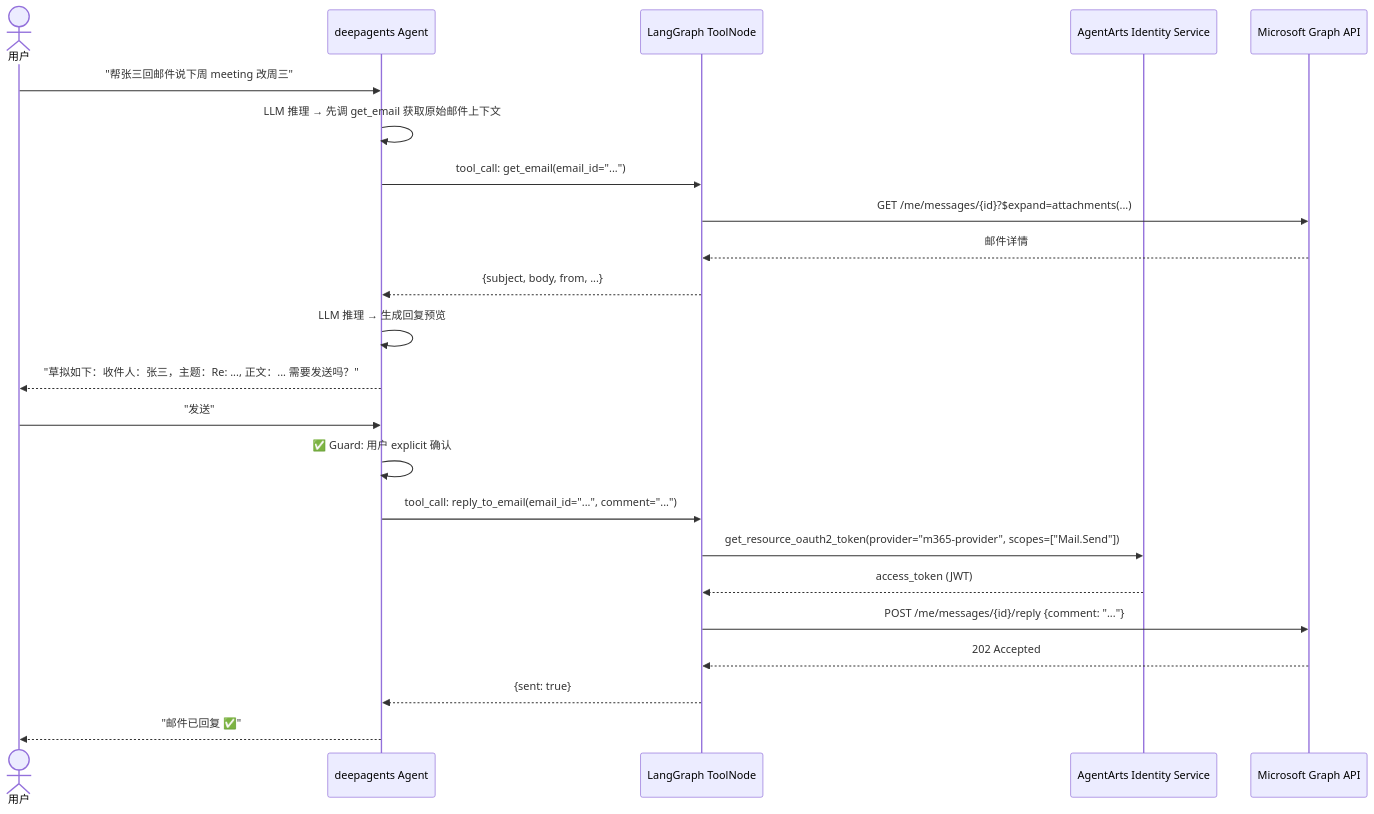
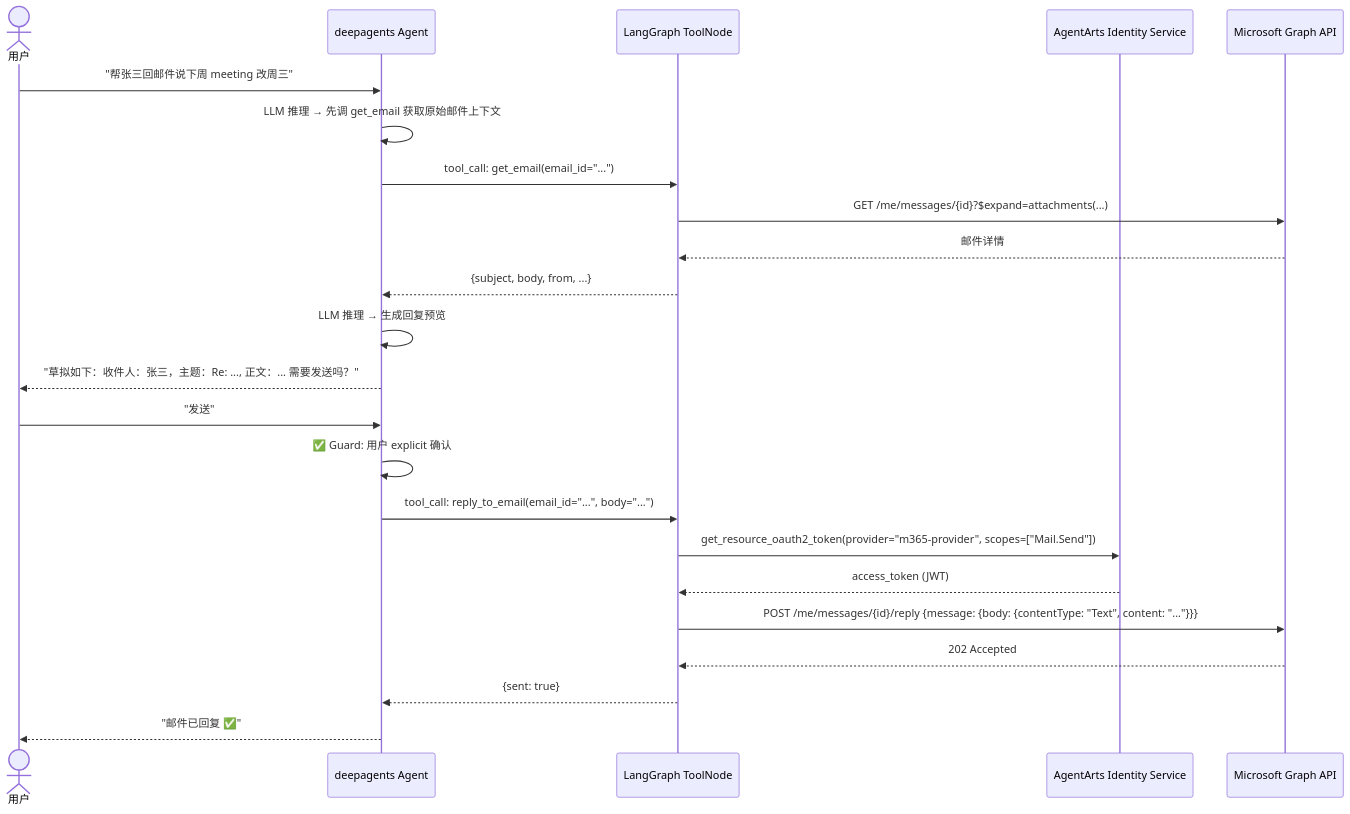
Before and after one commit to T-1009/personal-assistant: the second of 2 diagrams in personal-assistant-meta/issues/features/feature-10-outbound-email-obs/service-plan.md, drawn with Mermaid. The commit also changed other lines of this file and 3 other files, not shown here.

Commit message:
plan: feature-10a-outbound-email — fix comment→body param + OAuth2Vendor import path

````diff
--- a/personal-assistant-meta/issues/features/feature-10-outbound-email-obs/service-plan.md
+++ b/personal-assistant-meta/issues/features/feature-10-outbound-email-obs/service-plan.md
@@ -693,26 +693,26 @@
 ```mermaid
 sequenceDiagram
     actor User as 用户
     participant Agent as deepagents Agent
     participant ToolNode as LangGraph ToolNode
     participant IdSvc as AgentArts Identity Service
     participant GraphAPI as Microsoft Graph API
 
     User->>Agent: "帮张三回邮件说下周 meeting 改周三"
     Agent->>Agent: LLM 推理 → 先调 get_email 获取原始邮件上下文
     Agent->>ToolNode: tool_call: get_email(email_id="...")
     ToolNode->>GraphAPI: GET /me/messages/{id}?$expand=attachments(...)
     GraphAPI-->>ToolNode: 邮件详情
     ToolNode-->>Agent: {subject, body, from, ...}
     Agent->>Agent: LLM 推理 → 生成回复预览
     Agent-->>User: "草拟如下：收件人：张三，主题：Re: ..., 正文：... 需要发送吗？"
     User->>Agent: "发送"
     Agent->>Agent: ✅ Guard: 用户 explicit 确认
-    Agent->>ToolNode: tool_call: reply_to_email(email_id="...", comment="...")
+    Agent->>ToolNode: tool_call: reply_to_email(email_id="...", body="...")
     ToolNode->>IdSvc: get_resource_oauth2_token(provider="m365-provider", scopes=["Mail.Send"])
     IdSvc-->>ToolNode: access_token (JWT)
-    ToolNode->>GraphAPI: POST /me/messages/{id}/reply {comment: "..."}
+    ToolNode->>GraphAPI: POST /me/messages/{id}/reply {message: {body: {contentType: "Text", content: "..."}}}
     GraphAPI-->>ToolNode: 202 Accepted
     ToolNode-->>Agent: {sent: true}
     Agent-->>User: "邮件已回复 ✅"
 ```
````
